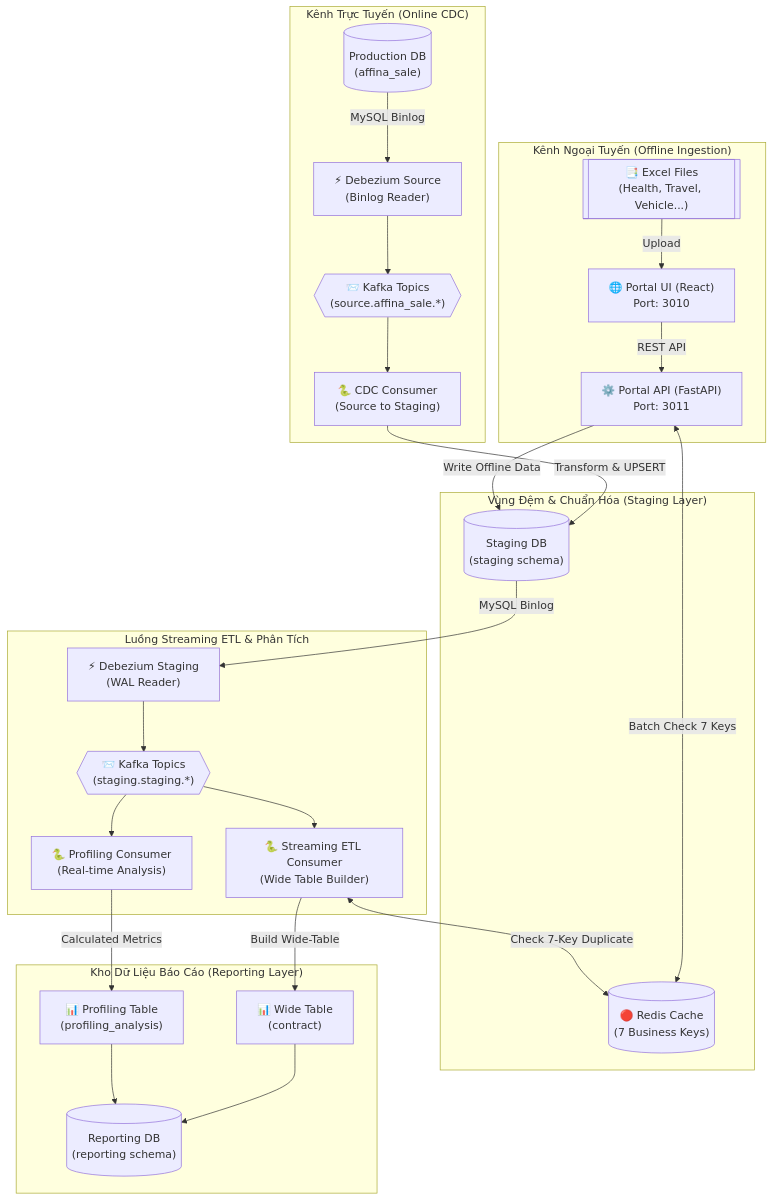
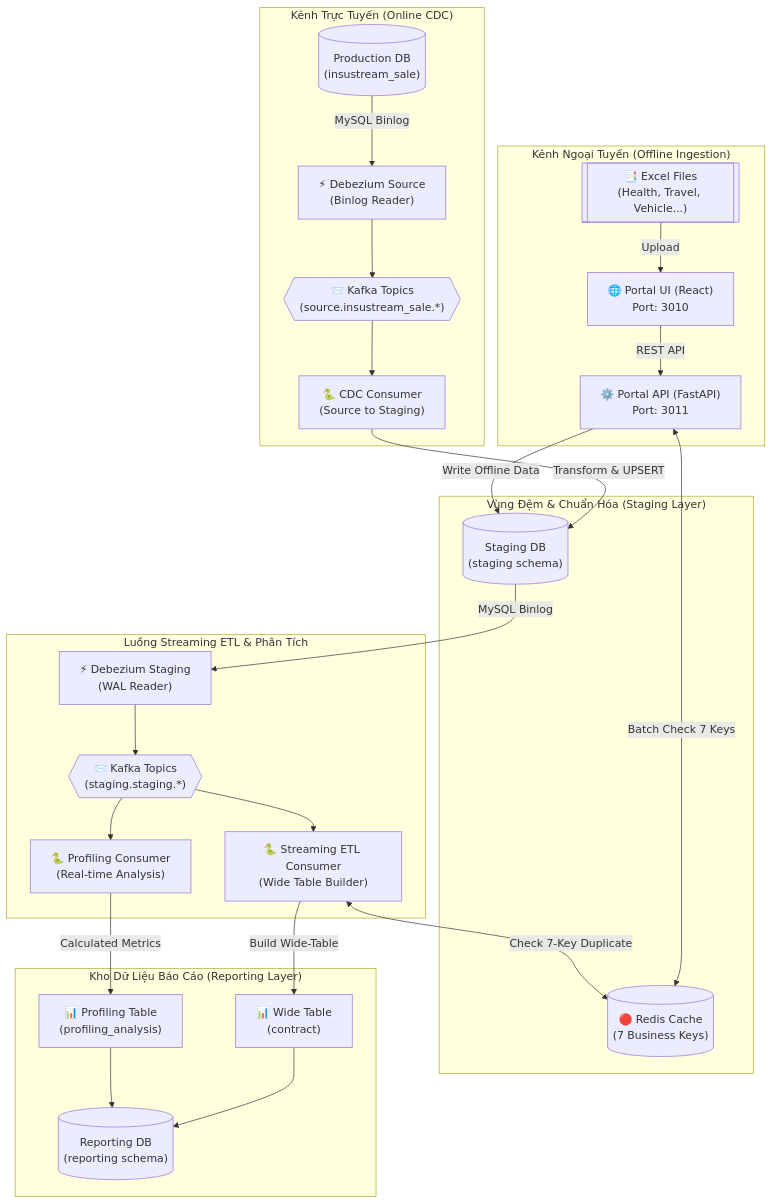
Before and after one commit to phatle224/Hybrid-Data-Ingestion-Streaming-Platform: the diagram in README.md, drawn with Mermaid. The commit also changed 8 other files, not shown here.

````diff
--- a/README.md
+++ b/README.md
@@ -17,59 +17,59 @@
 ```mermaid
 flowchart TB
     subgraph "Kênh Trực Tuyến (Online CDC)"
-        SRC_DB[("Production DB<br/>(affina_sale)")]
+        SRC_DB[("Production DB<br/>(insustream_sale)")]
         DBZ_SRC["⚡ Debezium Source<br/>(Binlog Reader)"]
-        KF_SRC{{"📨 Kafka Topics<br/>(source.affina_sale.*)"}}
+        KF_SRC{{"📨 Kafka Topics<br/>(source.insustream_sale.*)"}}
         CDC_CONS["🐍 CDC Consumer<br/>(Source to Staging)"]
     end
 
     subgraph "Kênh Ngoại Tuyến (Offline Ingestion)"
         EXCEL[["📑 Excel Files<br/>(Health, Travel, Vehicle...)"]]
         PORTAL_FE["🌐 Portal UI (React)<br/>Port: 3010"]
         PORTAL_BE["⚙️ Portal API (FastAPI)<br/>Port: 3011"]
     end
 
     subgraph "Vùng Đệm & Chuẩn Hóa (Staging Layer)"
         STG_DB[("Staging DB<br/>(staging schema)")]
         REDIS_CACHE[("🔴 Redis Cache<br/>(7 Business Keys)")]
     end
 
     subgraph "Luồng Streaming ETL & Phân Tích"
         DBZ_STG["⚡ Debezium Staging<br/>(WAL Reader)"]
         KF_STG{{"📨 Kafka Topics<br/>(staging.staging.*)"}}
         ETL_CONS["🐍 Streaming ETL Consumer<br/>(Wide Table Builder)"]
         PROF_CONS["🐍 Profiling Consumer<br/>(Real-time Analysis)"]
     end
 
     subgraph "Kho Dữ Liệu Báo Cáo (Reporting Layer)"
         RPT_DB[("Reporting DB<br/>(reporting schema)")]
         WIDE_TAB["📊 Wide Table<br/>(contract)"]
         PROF_TAB["📊 Profiling Table<br/>(profiling_analysis)"]
     end
 
     %% Kênh Online
     SRC_DB -->|MySQL Binlog| DBZ_SRC
     DBZ_SRC --> KF_SRC
     KF_SRC --> CDC_CONS
     CDC_CONS -->|Transform & UPSERT| STG_DB
 
     %% Kênh Offline
     EXCEL -->|Upload| PORTAL_FE
     PORTAL_FE -->|REST API| PORTAL_BE
     PORTAL_BE <-->|Batch Check 7 Keys| REDIS_CACHE
     PORTAL_BE -->|Write Offline Data| STG_DB
 
     %% Phân tách Staging & Reporting
     STG_DB -->|MySQL Binlog| DBZ_STG
     DBZ_STG --> KF_STG
     
     KF_STG --> ETL_CONS
     KF_STG --> PROF_CONS
 
     ETL_CONS <-->|Check 7-Key Duplicate| REDIS_CACHE
     ETL_CONS -->|Build Wide-Table| WIDE_TAB
     PROF_CONS -->|Calculated Metrics| PROF_TAB
     
     WIDE_TAB --> RPT_DB
     PROF_TAB --> RPT_DB
 ```
````
